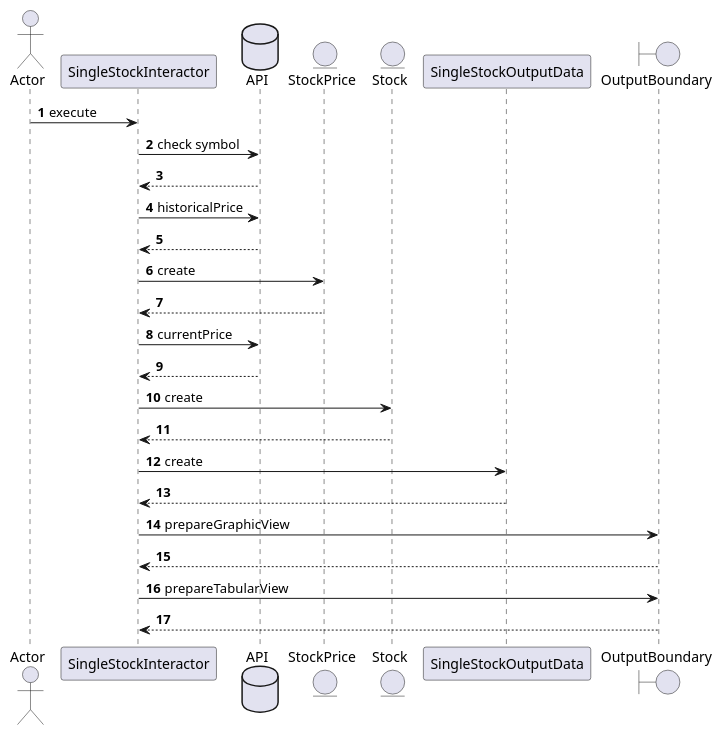
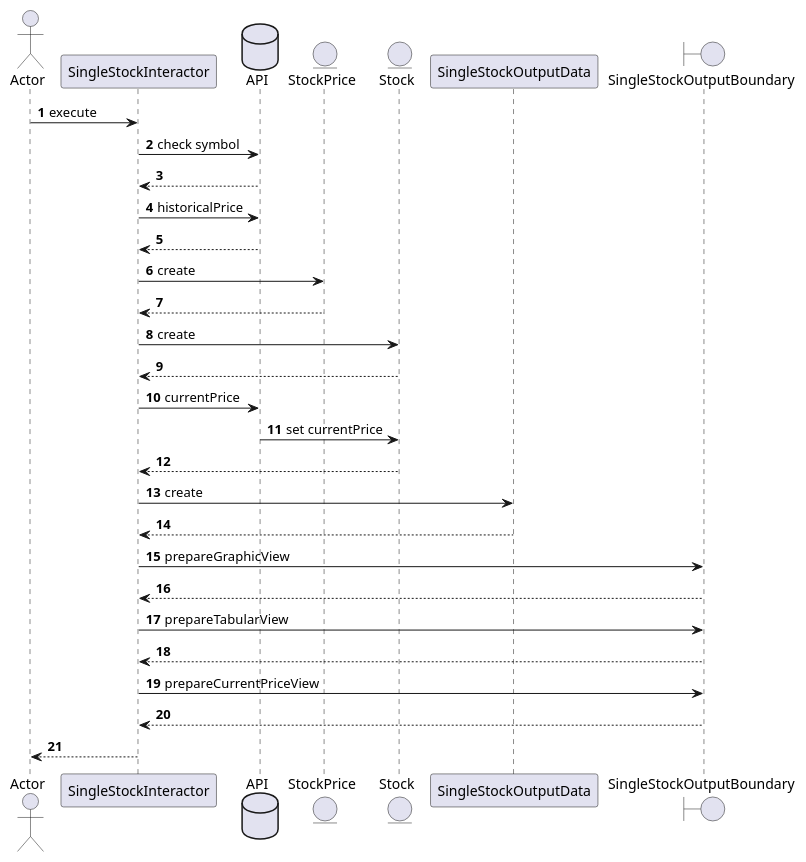
The second of 4 diagrams in ProjectNextSteps.puml (azyx0083/CSC207-WhatEver-46), drawn with PlantUML before and after one commit. The commit also changed other lines of this file, not shown here.

Commit message:
add comparison and two stock usecase

```diff
--- a/ProjectNextSteps.puml
+++ b/ProjectNextSteps.puml
@@ -24,30 +21,36 @@
 @startuml
 autonumber
 actor Actor
 participant SingleStockInteractor
 database API
 
 entity StockPrice
 entity Stock
 participant SingleStockOutputData
-boundary OutputBoundary
+boundary SingleStockOutputBoundary
 
 
 Actor -> SingleStockInteractor : execute
 SingleStockInteractor -> API : check symbol
 API --> SingleStockInteractor
 SingleStockInteractor -> API : historicalPrice
 API --> SingleStockInteractor
 SingleStockInteractor -> StockPrice : create
 StockPrice --> SingleStockInteractor
+SingleStockInteractor -> Stock: create
+Stock --> SingleStockInteractor
 SingleStockInteractor -> API: currentPrice
-API --> SingleStockInteractor
-SingleStockInteractor -> Stock: create
+API -> Stock: set currentPrice
 Stock --> SingleStockInteractor
 SingleStockInteractor ->  SingleStockOutputData : create
 SingleStockOutputData --> SingleStockInteractor
-SingleStockInteractor -> OutputBoundary: prepareGraphicView
-OutputBoundary --> SingleStockInteractor
-SingleStockInteractor -> OutputBoundary: prepareTabularView
-OutputBoundary --> SingleStockInteractor
+SingleStockInteractor -> SingleStockOutputBoundary: prepareGraphicView
+SingleStockOutputBoundary --> SingleStockInteractor
+SingleStockInteractor -> SingleStockOutputBoundary: prepareTabularView
+SingleStockOutputBoundary --> SingleStockInteractor
+SingleStockInteractor -> SingleStockOutputBoundary: prepareCurrentPriceView
+SingleStockOutputBoundary --> SingleStockInteractor
+SingleStockInteractor --> Actor
+
+
 @enduml
```
